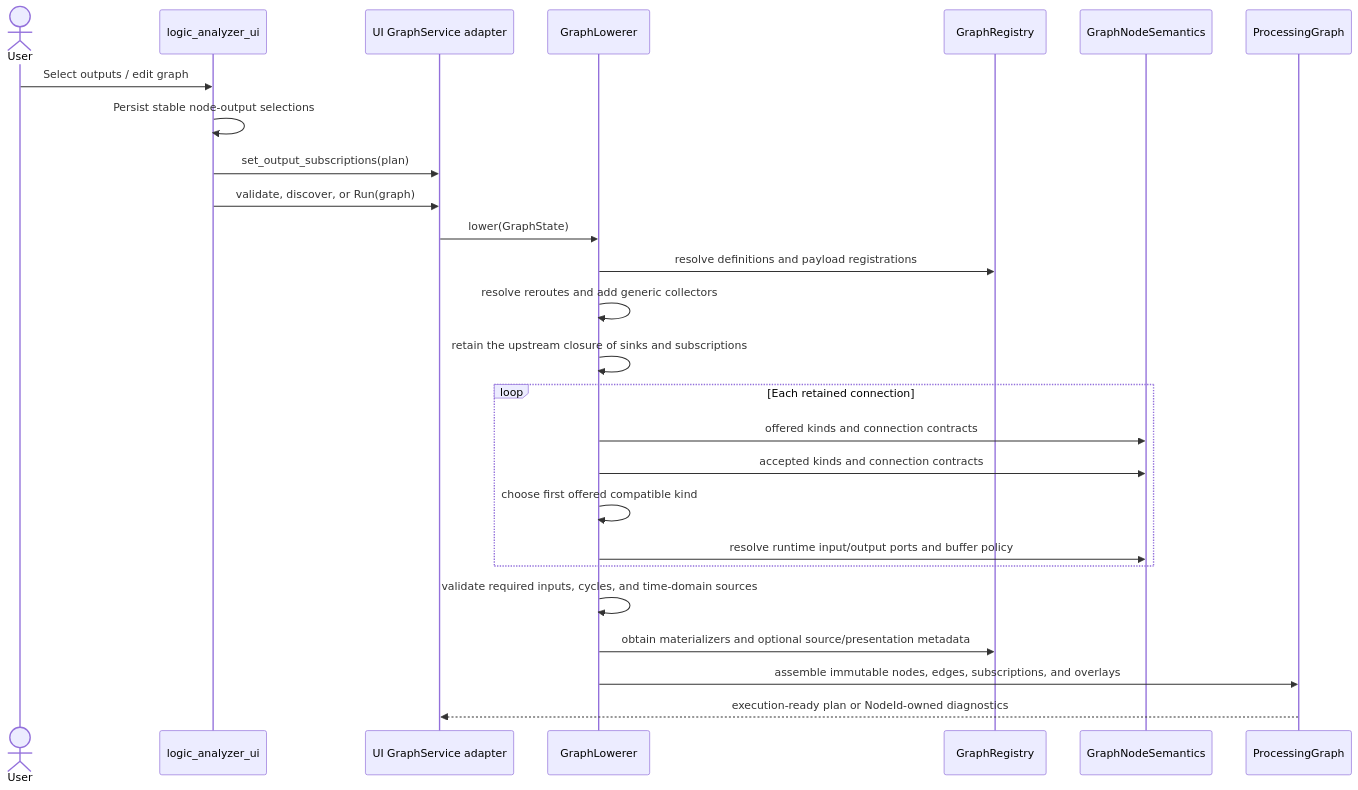
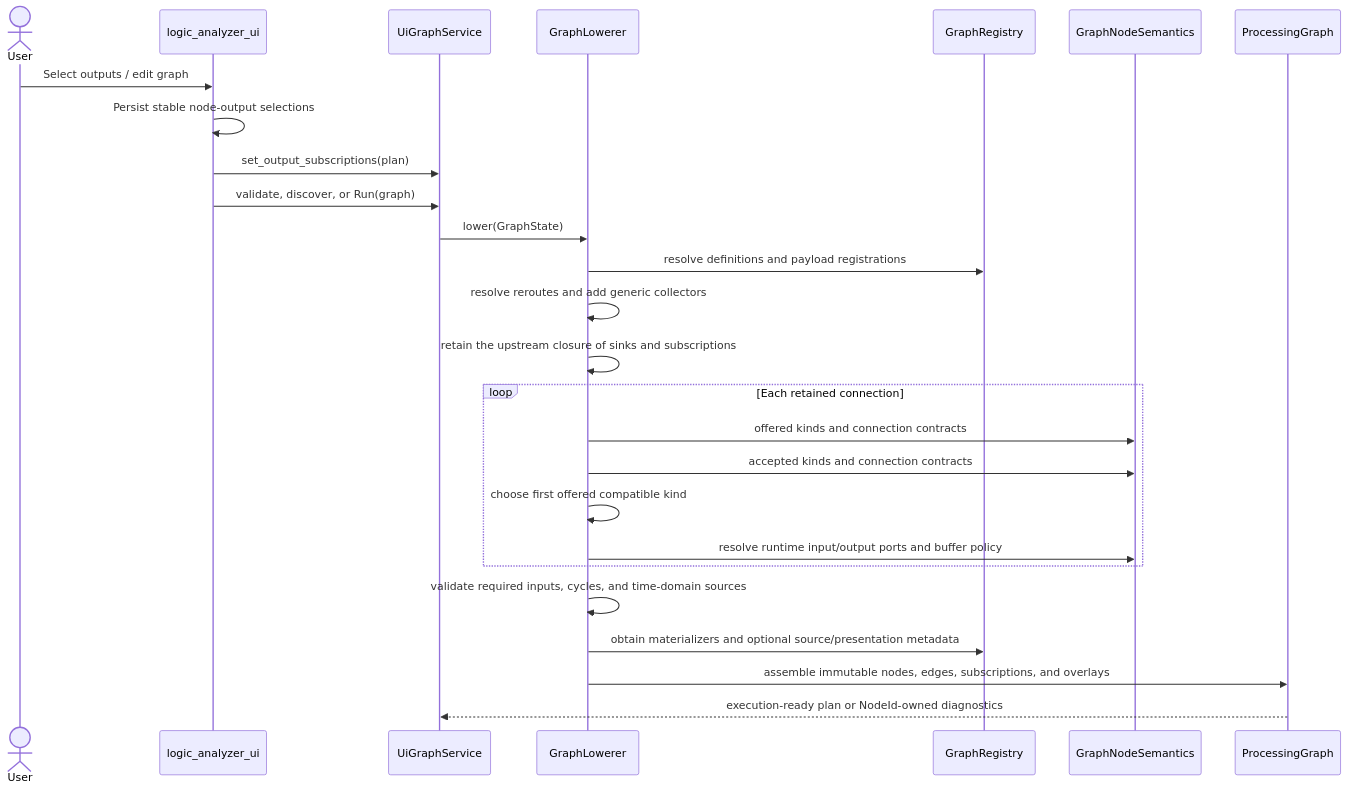
Before and after one commit to rcaelers/dsl: the first of 5 diagrams in docs/architecture/processing_workflows.md, drawn with Mermaid. The commit also changed other lines of this file and 14 other files, not shown here.

Commit message:
refactor(ui): replace graph service port with concrete owner

````diff
--- a/docs/architecture/processing_workflows.md
+++ b/docs/architecture/processing_workflows.md
@@ -17,29 +17,29 @@
 ```mermaid
 sequenceDiagram
     actor User
     participant UI as logic_analyzer_ui
-    participant Service as UI GraphService adapter
+    participant Service as UiGraphService
     participant Lowerer as GraphLowerer
     participant Registry as GraphRegistry
     participant Semantics as GraphNodeSemantics
     participant Plan as ProcessingGraph
 
     User->>UI: Select outputs / edit graph
     UI->>UI: Persist stable node-output selections
     UI->>Service: set_output_subscriptions(plan)
     UI->>Service: validate, discover, or Run(graph)
     Service->>Lowerer: lower(GraphState)
     Lowerer->>Registry: resolve definitions and payload registrations
     Lowerer->>Lowerer: resolve reroutes and add generic collectors
     Lowerer->>Lowerer: retain the upstream closure of sinks and subscriptions
     loop Each retained connection
         Lowerer->>Semantics: offered kinds and connection contracts
         Lowerer->>Semantics: accepted kinds and connection contracts
         Lowerer->>Lowerer: choose first offered compatible kind
         Lowerer->>Semantics: resolve runtime input/output ports and buffer policy
     end
     Lowerer->>Lowerer: validate required inputs, cycles, and time-domain sources
     Lowerer->>Registry: obtain materializers and optional source/presentation metadata
     Lowerer->>Plan: assemble immutable nodes, edges, subscriptions, and overlays
     Plan-->>Service: execution-ready plan or NodeId-owned diagnostics
 ```
````
